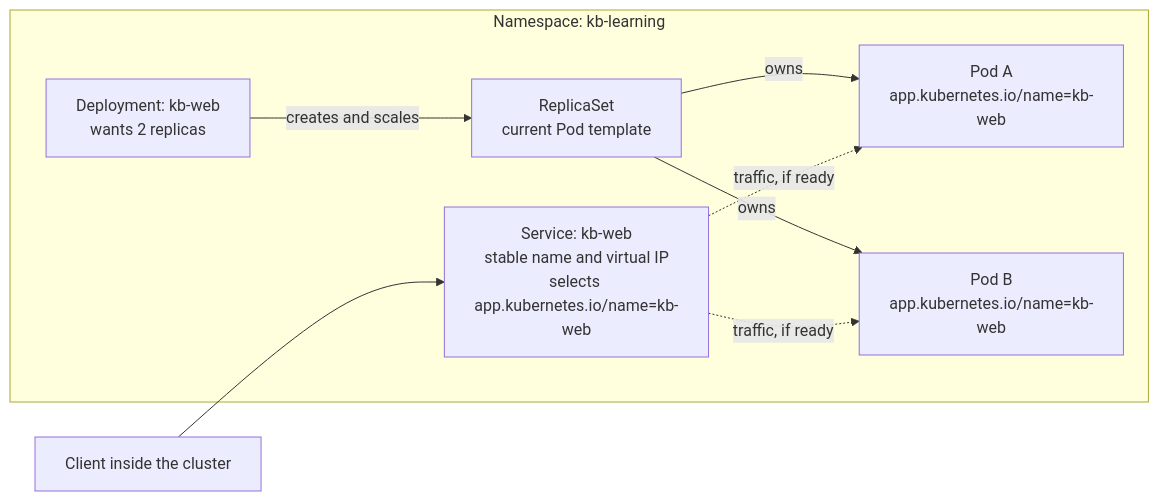
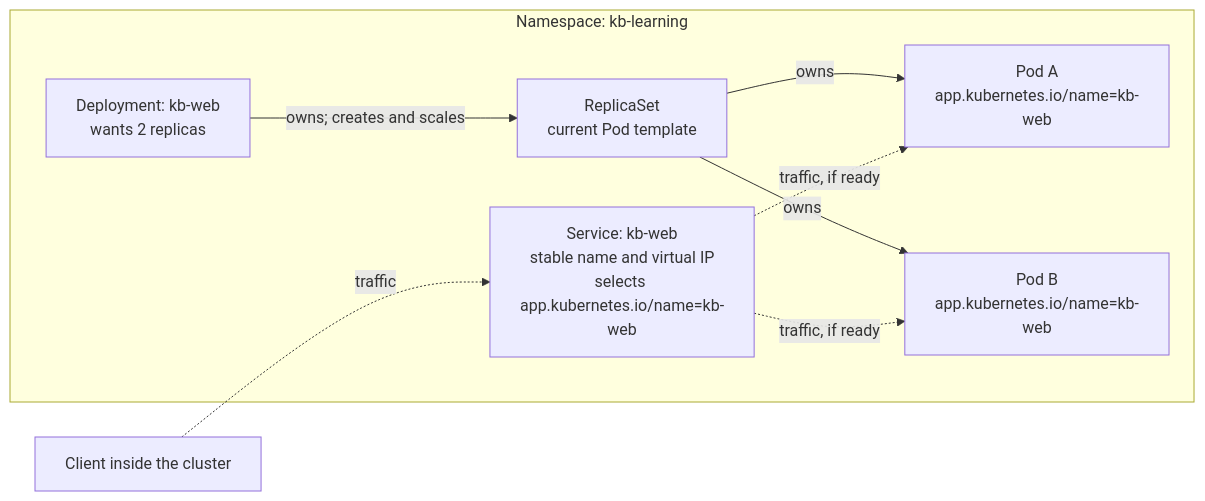
Before and after one commit to David-A18/MY-humble-knowledge-for-everyone: the diagram in knowledge/kubernetes/fundamentals/kubernetes-fundamentals.md, drawn with Mermaid. The commit also changed other lines of this file and 5 other files, not shown here.

````diff
--- a/knowledge/kubernetes/fundamentals/kubernetes-fundamentals.md
+++ b/knowledge/kubernetes/fundamentals/kubernetes-fundamentals.md
@@ -158,16 +185,16 @@
 ```mermaid
 flowchart LR
-  client["Client inside the cluster"] --> svc
   subgraph ns["Namespace: kb-learning"]
     svc["Service: kb-web<br/>stable name and virtual IP<br/>selects app.kubernetes.io/name=kb-web"]
     dep["Deployment: kb-web<br/>wants 2 replicas"]
     rs["ReplicaSet<br/>current Pod template"]
     p1["Pod A<br/>app.kubernetes.io/name=kb-web"]
     p2["Pod B<br/>app.kubernetes.io/name=kb-web"]
-    dep -- "creates and scales" --> rs
+    dep -- "owns; creates and scales" --> rs
     rs -- "owns" --> p1
     rs -- "owns" --> p2
     svc -. "traffic, if ready" .-> p1
     svc -. "traffic, if ready" .-> p2
   end
+  client["Client inside the cluster"] -. "traffic" .-> svc
 ```
````
